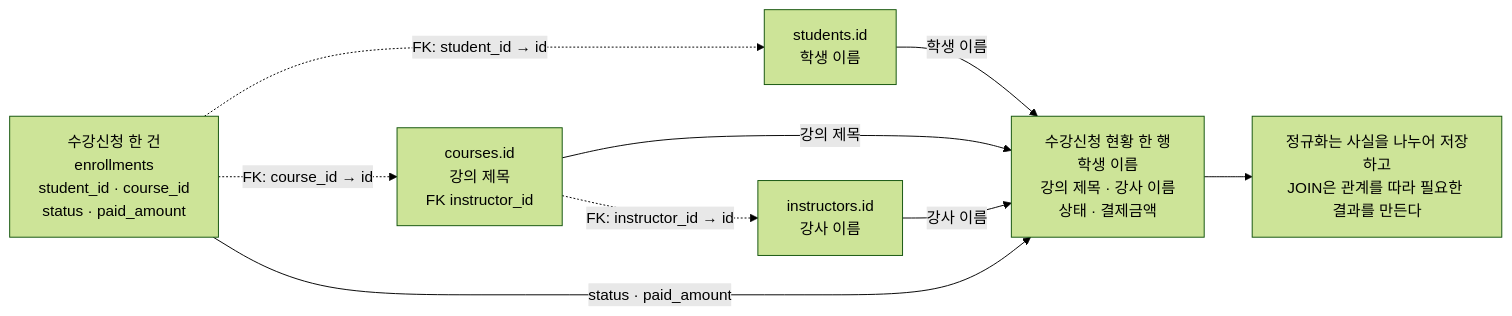
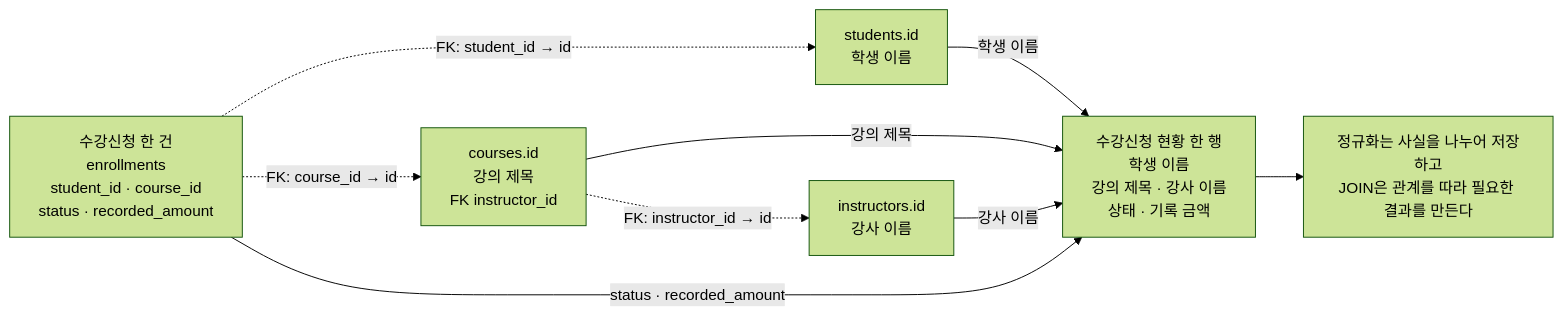
The diagram in images/chapter08/ch08_01_join_why_needed.mmd (GilbertMoon/ai-database-book), drawn with Mermaid (forest theme) before and after one commit. The commit also changed 12 other files, not shown here.

```diff
--- a/images/chapter08/ch08_01_join_why_needed.mmd
+++ b/images/chapter08/ch08_01_join_why_needed.mmd
@@ -1,17 +1,17 @@
 flowchart LR
-    E[수강신청 한 건<br/>enrollments<br/>student_id · course_id<br/>status · paid_amount]
+    E[수강신청 한 건<br/>enrollments<br/>student_id · course_id<br/>status · recorded_amount]
     S[students.id<br/>학생 이름]
     C[courses.id<br/>강의 제목<br/>FK instructor_id]
     I[instructors.id<br/>강사 이름]
-    R[수강신청 현황 한 행<br/>학생 이름<br/>강의 제목 · 강사 이름<br/>상태 · 결제금액]
+    R[수강신청 현황 한 행<br/>학생 이름<br/>강의 제목 · 강사 이름<br/>상태 · 기록 금액]
     N[정규화는 사실을 나누어 저장하고<br/>JOIN은 관계를 따라 필요한 결과를 만든다]
 
     E -. "FK: student_id → id" .-> S
     E -. "FK: course_id → id" .-> C
     C -. "FK: instructor_id → id" .-> I
 
     S -->|학생 이름| R
     C -->|강의 제목| R
     I -->|강사 이름| R
-    E -->|status · paid_amount| R
+    E -->|status · recorded_amount| R
     R --> N
```
